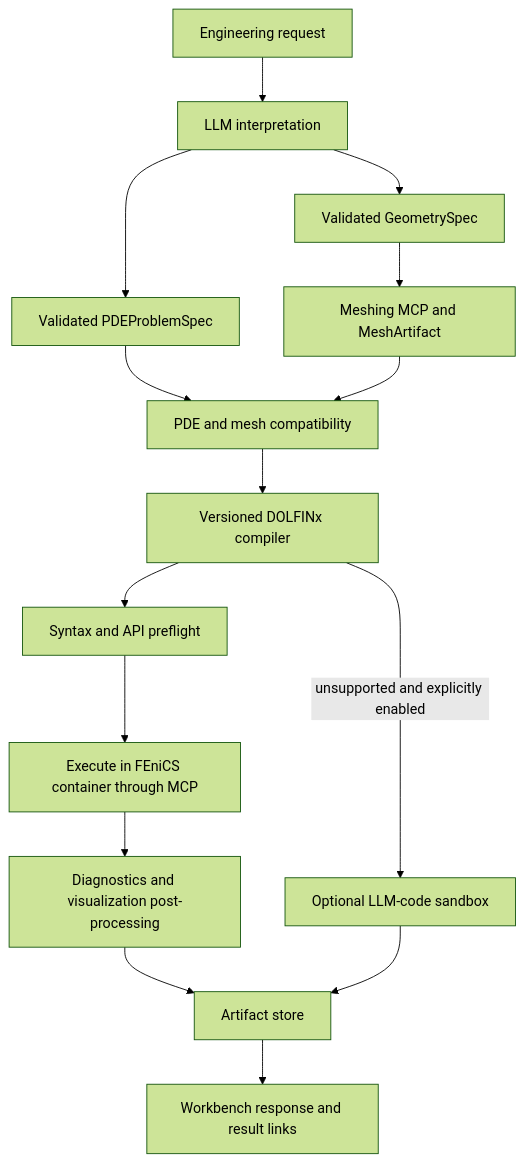
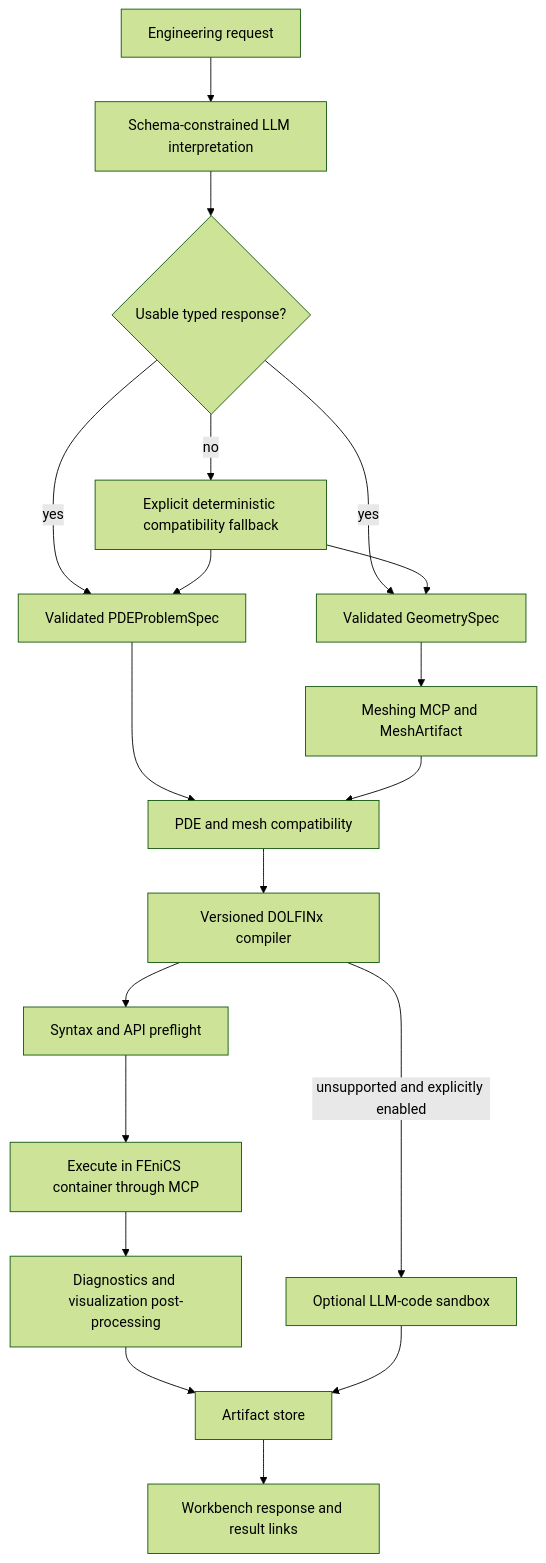
One commit to RadmirG/AES changed the second of 2 diagrams in README.md. Above: the diagram before and after it, drawn with Mermaid (forest theme). The commit also changed 19 other files, not shown here.

Commit message:
Bug fixing for combined typed PDE and geometry pipeline

````diff
--- a/README.md
+++ b/README.md
@@ -88,17 +88,21 @@
 ```mermaid
 flowchart TD
-    request["Engineering request"] --> extract["LLM interpretation"]
-    extract --> pde["Validated PDEProblemSpec"]
-    extract --> geometry["Validated GeometrySpec"]
+    request["Engineering request"] --> extract["Schema-constrained LLM interpretation"]
+    extract --> valid{"Usable typed response?"}
+    valid -->|yes| pde["Validated PDEProblemSpec"]
+    valid -->|yes| geometry["Validated GeometrySpec"]
+    valid -->|no| fallback["Explicit deterministic compatibility fallback"]
+    fallback --> pde
+    fallback --> geometry
     geometry --> mesh["Meshing MCP and MeshArtifact"]
     pde --> compatible["PDE and mesh compatibility"]
     mesh --> compatible
     compatible --> compiler["Versioned DOLFINx compiler"]
     compiler --> safety["Syntax and API preflight"]
     safety --> execute["Execute in FEniCS container through MCP"]
     execute --> visualize["Diagnostics and visualization post-processing"]
     visualize --> store["Artifact store"]
     store --> response["Workbench response and result links"]
     compiler -->|"unsupported and explicitly enabled"| experimental["Optional LLM-code sandbox"]
     experimental --> store
 ```
````
